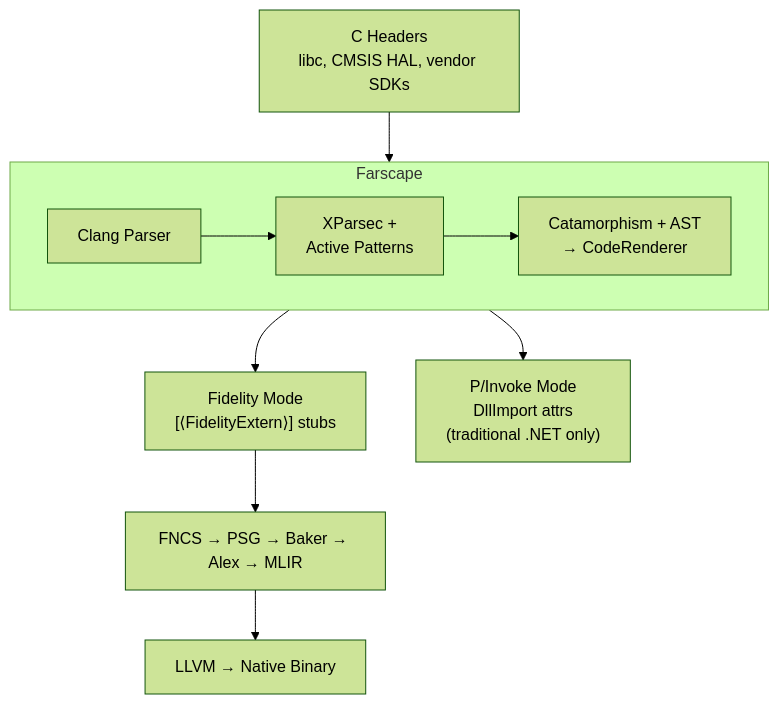
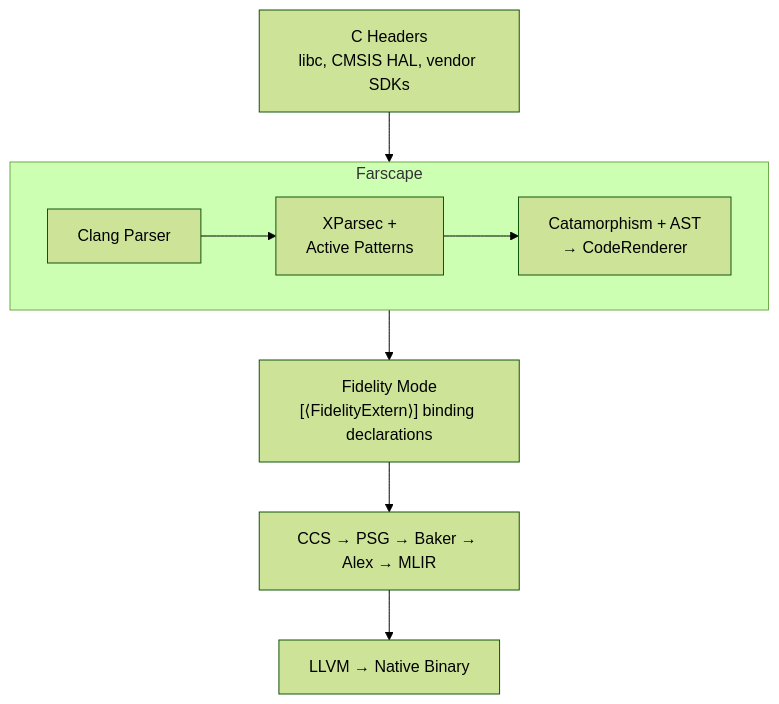
One commit to FidelityFramework/Farscape changed the diagram in docs/README.md. Above: the diagram before and after it, drawn with Mermaid (forest theme). The commit also changed other lines of this file and 34 other files, not shown here.

Commit message:
remove .NET P/Invoke support

````diff
--- a/docs/README.md
+++ b/docs/README.md
@@ -21,14 +21,13 @@
 ```mermaid
 flowchart TD
     A["C Headers<br/>libc, CMSIS HAL, vendor SDKs"] --> B
 
     subgraph B["Farscape"]
         B1["Clang Parser"] --> B2["XParsec +<br/>Active Patterns"] --> B3["Catamorphism + AST<br/>→ CodeRenderer"]
     end
 
-    B --> C["Fidelity Mode<br/>[⟨FidelityExtern⟩] stubs"]
-    B --> D["P/Invoke Mode<br/>DllImport attrs<br/>(traditional .NET only)"]
+    B --> C["Fidelity Mode<br/>[⟨FidelityExtern⟩] binding declarations"]
 
-    C --> E["FNCS → PSG → Baker → Alex → MLIR"]
+    C --> E["CCS → PSG → Baker → Alex → MLIR"]
     E --> G["LLVM → Native Binary"]
 ```
````
